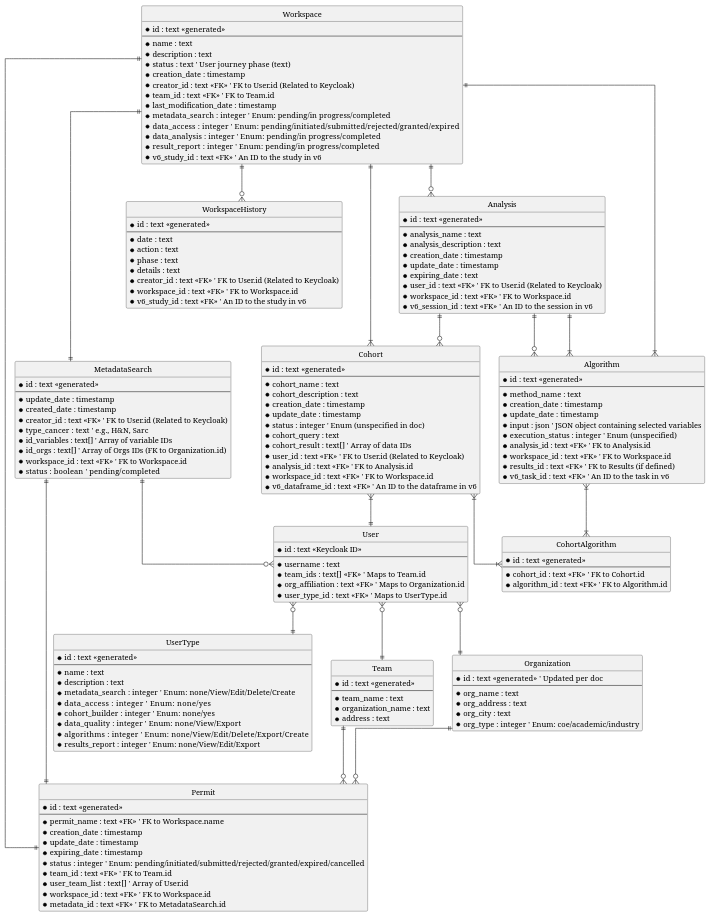
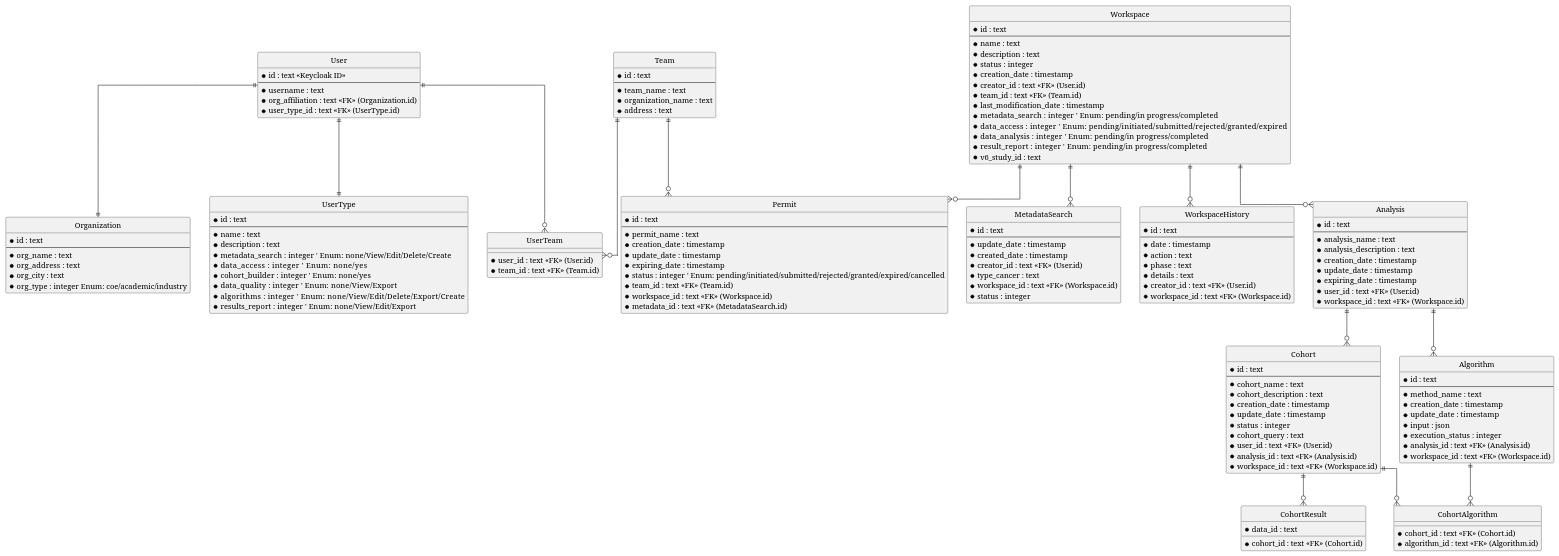
One commit to IDEA4RC/raven-database-model changed the diagram in model.plantuml. Above: the diagram before and after it, drawn with PlantUML.

Commit message:
Changed UML

```diff
--- a/model.plantuml
+++ b/model.plantuml
@@ -1,179 +1,166 @@
-@startuml RavenDB
+@startuml RavenDB_Improved
 
-' configuration
 hide circle
 skinparam linetype ortho
 
 ' ---- Entities ----
 entity User {
     * id : text <<Keycloak ID>>
     --
     * username : text
-    * team_ids : text[] <<FK>>  ' Maps to Team.id
-    * org_affiliation : text <<FK>>  ' Maps to Organization.id 
-    * user_type_id : text <<FK>>  ' Maps to UserType.id
+    * org_affiliation : text <<FK>> (Organization.id)
+    * user_type_id : text <<FK>> (UserType.id)
 }
 
 entity Team {
-    * id : text <<generated>>
+    * id : text
     --
     * team_name : text
     * organization_name : text
     * address : text
 }
 
+entity UserTeam {
+    * user_id : text <<FK>> (User.id)
+    * team_id : text <<FK>> (Team.id)
+}
+
 entity Organization {
-    * id : text <<generated>>  ' Updated per doc
+    * id : text
     --
     * org_name : text
     * org_address : text
     * org_city : text
-    * org_type : integer  ' Enum: coe/academic/industry
+    * org_type : integer Enum: coe/academic/industry
 }
 
 entity UserType {
-    * id : text <<generated>>
+    * id : text
     --
     * name : text
     * description : text
     * metadata_search : integer  ' Enum: none/View/Edit/Delete/Create
     * data_access : integer      ' Enum: none/yes
     * cohort_builder : integer   ' Enum: none/yes
     * data_quality : integer     ' Enum: none/View/Export
     * algorithms : integer       ' Enum: none/View/Edit/Delete/Export/Create
     * results_report : integer   ' Enum: none/View/Edit/Export
 }
 
-entity Permit {
-    * id : text <<generated>>
-    --
-    * permit_name : text <<FK>>  ' FK to Workspace.name
-    * creation_date : timestamp
-    * update_date : timestamp
-    * expiring_date : timestamp
-    * status : integer  ' Enum: pending/initiated/submitted/rejected/granted/expired/cancelled
-    * team_id : text <<FK>>  ' FK to Team.id
-    * user_team_list : text[]  ' Array of User.id
-    * workspace_id : text <<FK>>  ' FK to Workspace.id
-    * metadata_id : text <<FK>>  ' FK to MetadataSearch.id
-}
-
-entity MetadataSearch {
-    * id : text <<generated>>
-    --
-    * update_date : timestamp
-    * created_date : timestamp
-    * creator_id : text <<FK>>  ' FK to User.id (Related to Keycloak)
-    * type_cancer : text  ' e.g., H&N, Sarc
-    * id_variables : text[]  ' Array of variable IDs
-    * id_orgs : text[]  ' Array of Orgs IDs (FK to Organization.id)
-    * workspace_id : text <<FK>>  ' FK to Workspace.id
-    * status : boolean  ' pending/completed
-}
-
 entity Workspace {
-    * id : text <<generated>>
+    * id : text
     --
     * name : text
     * description : text
-    * status : text  ' User journey phase (text)
+    * status : integer
     * creation_date : timestamp
-    * creator_id : text <<FK>>  ' FK to User.id (Related to Keycloak)
-    * team_id : text <<FK>>  ' FK to Team.id
+    * creator_id : text <<FK>> (User.id)
+    * team_id : text <<FK>> (Team.id)
     * last_modification_date : timestamp
     * metadata_search : integer  ' Enum: pending/in progress/completed
     * data_access : integer      ' Enum: pending/initiated/submitted/rejected/granted/expired
     * data_analysis : integer    ' Enum: pending/in progress/completed
     * result_report : integer    ' Enum: pending/in progress/completed
-    * v6_study_id : text <<FK>>  ' An ID to the study in v6
+    * v6_study_id : text
+}
+
+entity Permit {
+    * id : text
+    --
+    * permit_name : text
+    * creation_date : timestamp
+    * update_date : timestamp
+    * expiring_date : timestamp
+    * status : integer ' Enum: pending/initiated/submitted/rejected/granted/expired/cancelled
+    * team_id : text <<FK>> (Team.id)
+    * workspace_id : text <<FK>> (Workspace.id)
+    * metadata_id : text <<FK>> (MetadataSearch.id)
+}
+
+entity MetadataSearch {
+    * id : text
+    --
+    * update_date : timestamp
+    * created_date : timestamp
+    * creator_id : text <<FK>> (User.id)
+    * type_cancer : text
+    * workspace_id : text <<FK>> (Workspace.id)
+    * status : integer
 }
 
 entity WorkspaceHistory {
-    * id : text <<generated>>
+    * id : text
     --
-    * date : text
+    * date : timestamp
     * action : text
     * phase : text
     * details : text
-    * creator_id : text <<FK>>  ' FK to User.id (Related to Keycloak)
-    * workspace_id : text <<FK>>  ' FK to Workspace.id
-    * v6_study_id : text <<FK>>  ' An ID to the study in v6
+    * creator_id : text <<FK>> (User.id)
+    * workspace_id : text <<FK>> (Workspace.id)
 }
 
 entity Analysis {
-    * id : text <<generated>>
+    * id : text
     --
     * analysis_name : text
     * analysis_description : text
     * creation_date : timestamp
     * update_date : timestamp
-    * expiring_date : text
-    * user_id : text <<FK>>  ' FK to User.id (Related to Keycloak)
-    * workspace_id : text <<FK>>  ' FK to Workspace.id
-    * v6_session_id : text <<FK>>  ' An ID to the session in v6
+    * expiring_date : timestamp
+    * user_id : text <<FK>> (User.id)
+    * workspace_id : text <<FK>> (Workspace.id)
 }
 
 entity Cohort {
-    * id : text <<generated>>
+    * id : text
     --
     * cohort_name : text
     * cohort_description : text
     * creation_date : timestamp
     * update_date : timestamp
-    * status : integer  ' Enum (unspecified in doc)
+    * status : integer
     * cohort_query : text
-    * cohort_result : text[]  ' Array of data IDs
-    * user_id : text <<FK>>  ' FK to User.id (Related to Keycloak)
-    * analysis_id : text <<FK>>  ' FK to Analysis.id
-    * workspace_id : text <<FK>>  ' FK to Workspace.id
-    * v6_dataframe_id : text <<FK>>  ' An ID to the dataframe in v6
+    * user_id : text <<FK>> (User.id)
+    * analysis_id : text <<FK>> (Analysis.id)
+    * workspace_id : text <<FK>> (Workspace.id)
+}
+
+entity CohortResult {
+    * cohort_id : text <<FK>> (Cohort.id)
+    * data_id : text
 }
 
 entity Algorithm {
-    * id : text <<generated>>
+    * id : text
     --
     * method_name : text
     * creation_date : timestamp
     * update_date : timestamp
-    * input : json ' JSON object containing selected variables
-    * execution_status : integer  ' Enum (unspecified)
-    * analysis_id : text <<FK>>  ' FK to Analysis.id
-    * workspace_id : text <<FK>>  ' FK to Workspace.id
-    * results_id : text <<FK>>  ' FK to Results (if defined)
-    * v6_task_id : text <<FK>>  ' An ID to the task in v6
+    * input : json
+    * execution_status : integer
+    * analysis_id : text <<FK>> (Analysis.id)
+    * workspace_id : text <<FK>> (Workspace.id)
 }
 
 entity CohortAlgorithm {
-    * id : text <<generated>>
-    --
-    * cohort_id : text <<FK>>  ' FK to Cohort.id
-    * algorithm_id : text <<FK>>  ' FK to Algorithm.id
+    * cohort_id : text <<FK>> (Cohort.id)
+    * algorithm_id : text <<FK>> (Algorithm.id)
 }
 
 ' ---- Relationships ----
-User }o--|| Team
-User }o--|| Organization
-User }o--|| UserType
-Organization ||--o{ Permit
+User ||--|| UserType
+User ||--|| Organization
+User ||--o{ UserTeam
+Team ||--o{ UserTeam
 Team ||--o{ Permit
-
-Workspace ||--|| Permit
-Workspace ||--|| MetadataSearch
-MetadataSearch ||--|| Permit
-
+Workspace ||--o{ Analysis
 Workspace ||--o{ WorkspaceHistory
-Workspace ||--o{ Analysis
+Workspace ||--o{ Permit
+Workspace ||--o{ MetadataSearch
 Analysis ||--o{ Cohort
 Analysis ||--o{ Algorithm
-MetadataSearch ||--o{ User
-
-Cohort }|--|| Workspace
-Cohort }|--|| User
-
-Algorithm }|--|| Analysis
-Algorithm }|--|| Workspace
-
-Cohort }|--|{ CohortAlgorithm
-Algorithm }|--|{ CohortAlgorithm
+Cohort ||--o{ CohortResult
+Cohort ||--o{ CohortAlgorithm
+Algorithm ||--o{ CohortAlgorithm
 
 @enduml
```
